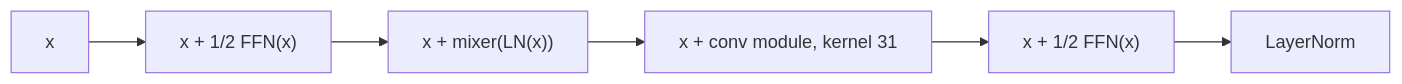
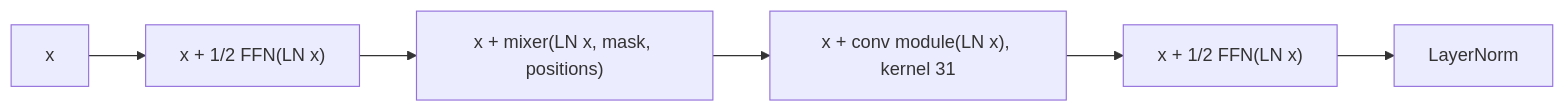
Before and after one commit to vakharwalad23/grassmann-speech: the fourth of 5 diagrams in docs/architecture.md, drawn with Mermaid. The commit also changed other lines of this file and 2 other files, not shown here.

Commit message:
docs: add e02 architecture, math and plan

````diff
--- a/docs/architecture.md
+++ b/docs/architecture.md
@@ -101,8 +104,8 @@
 ```mermaid
 flowchart LR
-    I[x] --> F1["x + 1/2 FFN(x)"]
-    F1 --> MX["x + mixer(LN(x))"]
-    MX --> CV["x + conv module, kernel 31"]
-    CV --> F2["x + 1/2 FFN(x)"]
+    I[x] --> F1["x + 1/2 FFN(LN x)"]
+    F1 --> MX["x + mixer(LN x, mask, positions)"]
+    MX --> CV["x + conv module(LN x), kernel 31"]
+    CV --> F2["x + 1/2 FFN(LN x)"]
     F2 --> LN[LayerNorm]
 ```
````
